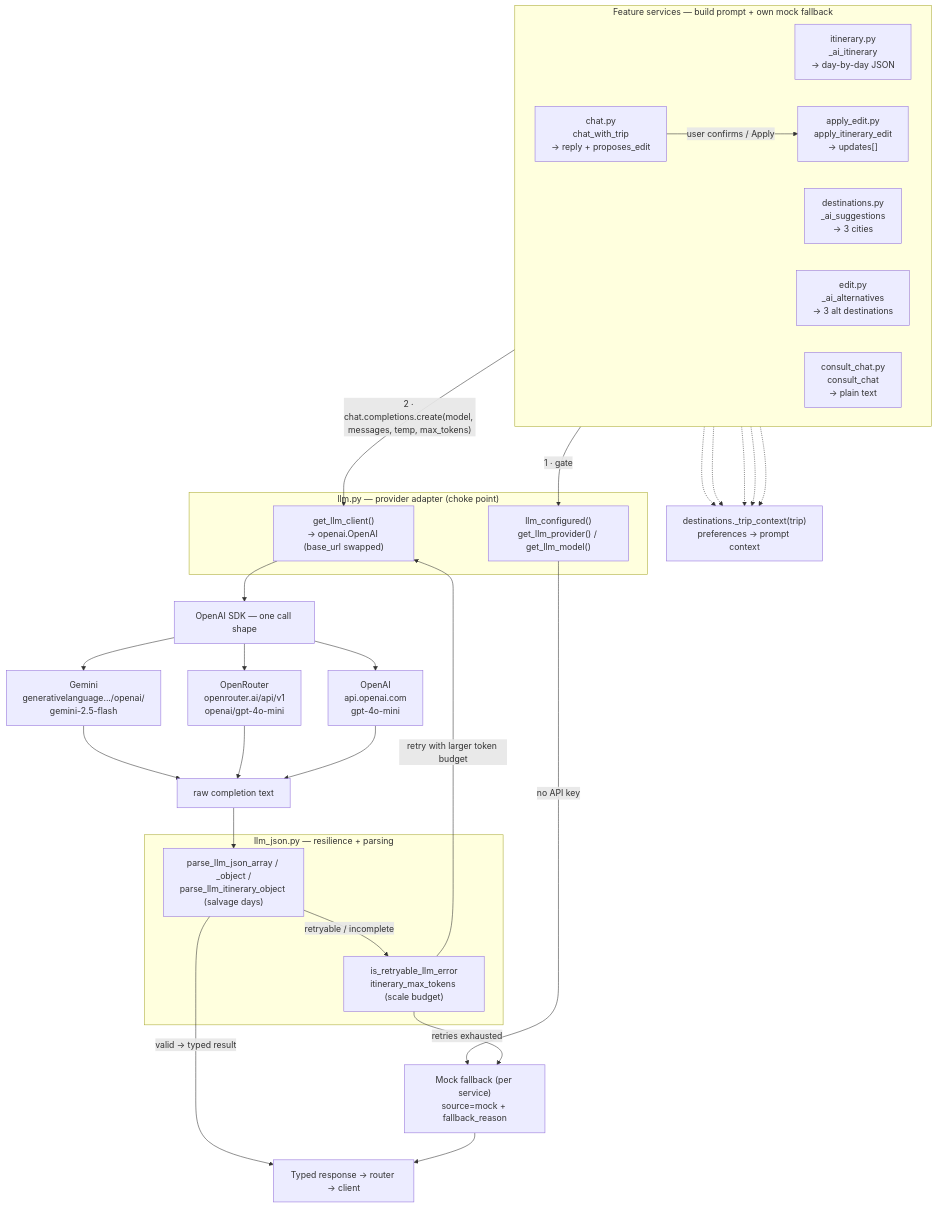
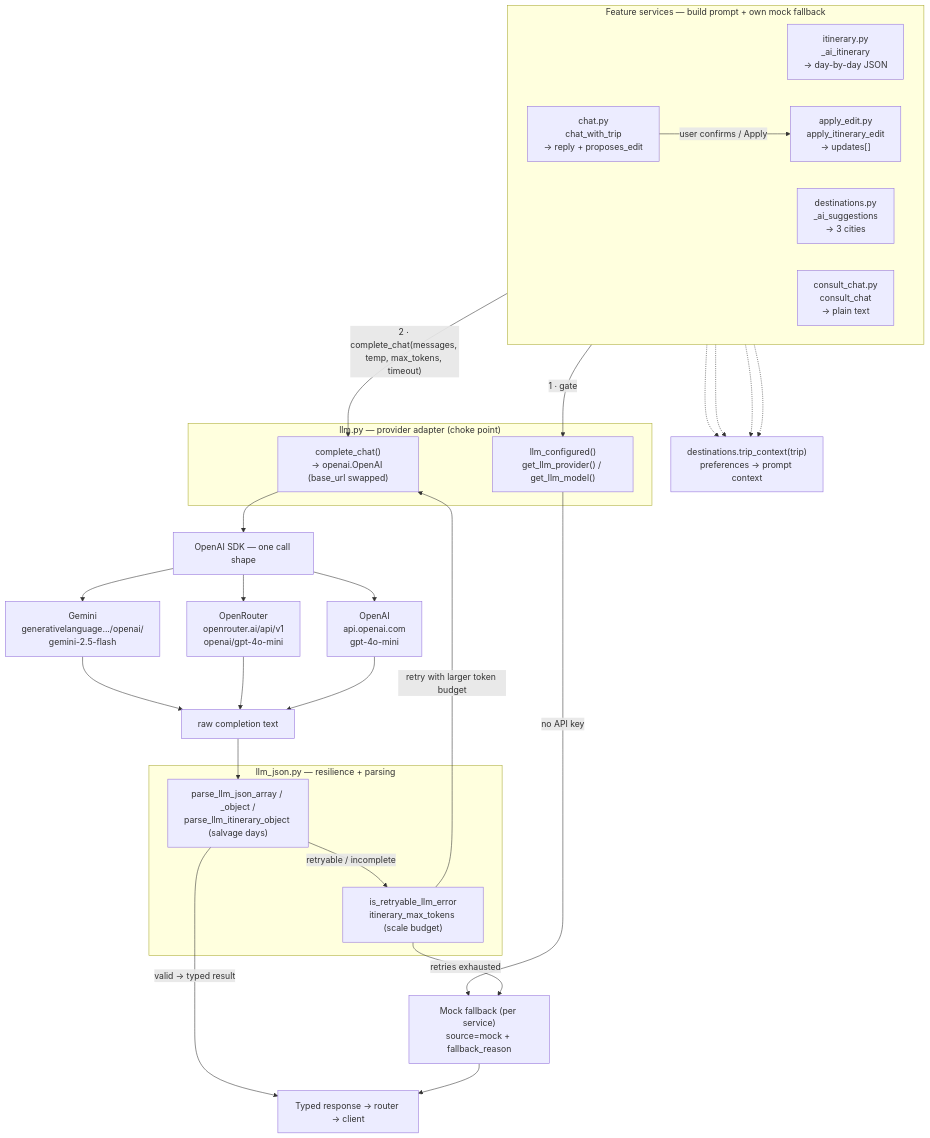
The sixth of 7 diagrams in docs/project-summary.md (UsmMH/Rihla-Tech), drawn with Mermaid before and after one commit. The commit also changed other lines of this file and 8 other files, not shown here.

First line of the commit message:
Polish chat confirms, email TLD check, LLM retries, and docs.

````diff
--- a/docs/project-summary.md
+++ b/docs/project-summary.md
@@ -251,51 +247,49 @@
 ```mermaid
 flowchart TB
     subgraph Consumers["Feature services — build prompt + own mock fallback"]
         direction LR
         ITIN["itinerary.py<br/>_ai_itinerary<br/>→ day-by-day JSON"]
         DEST["destinations.py<br/>_ai_suggestions<br/>→ 3 cities"]
-        EDIT["edit.py<br/>_ai_alternatives<br/>→ 3 alt destinations"]
         CHAT["chat.py<br/>chat_with_trip<br/>→ reply + proposes_edit"]
         APPLY["apply_edit.py<br/>apply_itinerary_edit<br/>→ updates[]"]
         CONSULT["consult_chat.py<br/>consult_chat<br/>→ plain text"]
     end
 
-    CTX["destinations._trip_context(trip)<br/>preferences → prompt context"]
+    CTX["destinations.trip_context(trip)<br/>preferences → prompt context"]
     ITIN -.-> CTX
     DEST -.-> CTX
-    EDIT -.-> CTX
     CHAT -.-> CTX
     APPLY -.-> CTX
     CHAT -->|"user confirms / Apply"| APPLY
 
     subgraph Adapter["llm.py — provider adapter (choke point)"]
         CFG["llm_configured()<br/>get_llm_provider() / get_llm_model()"]
-        CLIENT["get_llm_client()<br/>→ openai.OpenAI (base_url swapped)"]
+        CLIENT["complete_chat()<br/>→ openai.OpenAI (base_url swapped)"]
     end
 
     Consumers -->|"1 · gate"| CFG
-    Consumers -->|"2 · chat.completions.create(model, messages, temp, max_tokens)"| CLIENT
+    Consumers -->|"2 · complete_chat(messages, temp, max_tokens, timeout)"| CLIENT
 
     CLIENT --> SDK["OpenAI SDK — one call shape"]
     SDK --> GEMINI["Gemini<br/>generativelanguage.../openai/<br/>gemini-2.5-flash"]
     SDK --> OROUTER["OpenRouter<br/>openrouter.ai/api/v1<br/>openai/gpt-4o-mini"]
     SDK --> OPENAI["OpenAI<br/>api.openai.com<br/>gpt-4o-mini"]
 
     GEMINI --> RAW["raw completion text"]
     OROUTER --> RAW
     OPENAI --> RAW
 
     subgraph Parse["llm_json.py — resilience + parsing"]
         PARSE["parse_llm_json_array / _object /<br/>parse_llm_itinerary_object (salvage days)"]
         RETRY["is_retryable_llm_error<br/>itinerary_max_tokens (scale budget)"]
     end
 
     RAW --> PARSE
     PARSE -->|"valid → typed result"| OUT["Typed response → router → client"]
     PARSE -->|"retryable / incomplete"| RETRY
     RETRY -->|"retry with larger token budget"| CLIENT
 
     CFG -->|"no API key"| MOCK["Mock fallback (per service)<br/>source=mock + fallback_reason"]
     RETRY -->|"retries exhausted"| MOCK
     MOCK --> OUT
 ```
````
